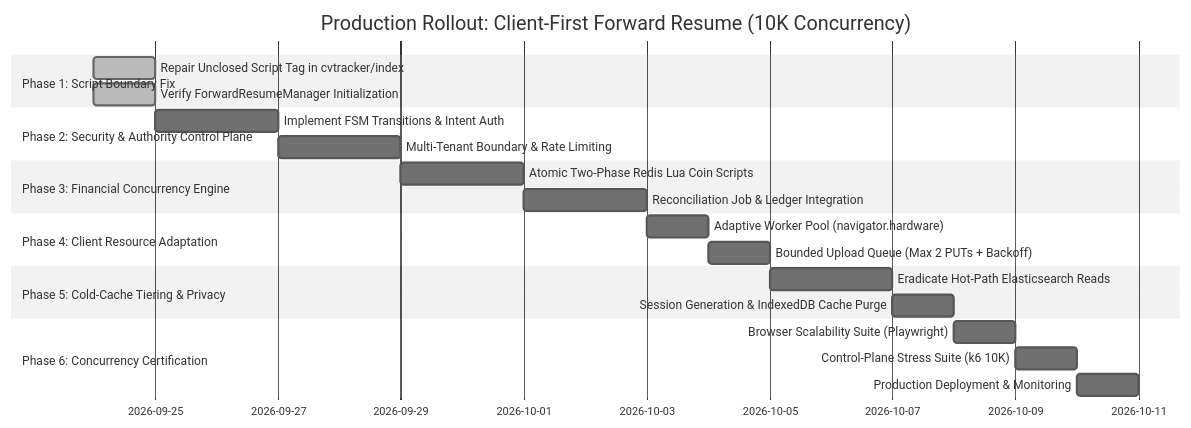
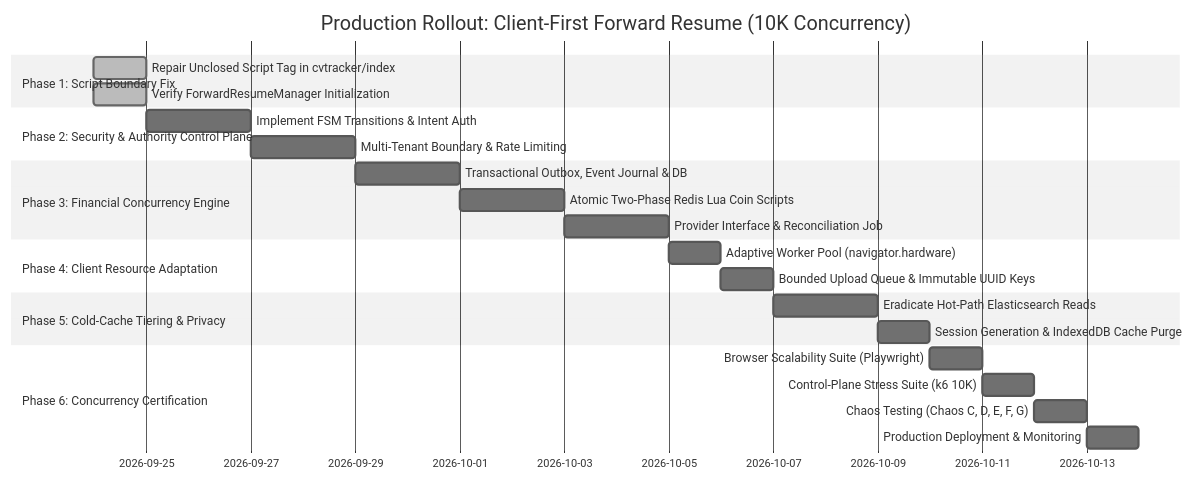
One commit to 4belldevelopers/sales-crm-final changed the second of 2 diagrams in docs/V4_Jeroworks_Upgrade/100_PERCENT_CLIENT_SIDE_FORWARD_RESUME.md. Above: the diagram before and after it, drawn with Mermaid (neutral theme). The commit also changed other lines of this file and 7 other files, not shown here.

````diff
--- a/docs/V4_Jeroworks_Upgrade/100_PERCENT_CLIENT_SIDE_FORWARD_RESUME.md
+++ b/docs/V4_Jeroworks_Upgrade/100_PERCENT_CLIENT_SIDE_FORWARD_RESUME.md
@@ -580,24 +770,26 @@
 ```mermaid
 gantt
     title Production Rollout: Client-First Forward Resume (10K Concurrency)
     dateFormat  YYYY-MM-DD
     section Phase 1: Script Boundary Fix
     Repair Unclosed Script Tag in cvtracker/index :done, 2026-09-24, 1d
     Verify ForwardResumeManager Initialization :done, 2026-09-24, 1d
     section Phase 2: Security & Authority Control Plane
     Implement FSM Transitions & Intent Auth    :2026-09-25, 2d
     Multi-Tenant Boundary & Rate Limiting     :2026-09-27, 2d
     section Phase 3: Financial Concurrency Engine
-    Atomic Two-Phase Redis Lua Coin Scripts   :2026-09-29, 2d
-    Reconciliation Job & Ledger Integration   :2026-10-01, 2d
+    Transactional Outbox, Event Journal & DB  :2026-09-29, 2d
+    Atomic Two-Phase Redis Lua Coin Scripts   :2026-10-01, 2d
+    Provider Interface & Reconciliation Job   :2026-10-03, 2d
     section Phase 4: Client Resource Adaptation
-    Adaptive Worker Pool (navigator.hardware)  :2026-10-03, 1d
-    Bounded Upload Queue (Max 2 PUTs + Backoff):2026-10-04, 1d
+    Adaptive Worker Pool (navigator.hardware)  :2026-10-05, 1d
+    Bounded Upload Queue & Immutable UUID Keys :2026-10-06, 1d
     section Phase 5: Cold-Cache Tiering & Privacy
-    Eradicate Hot-Path Elasticsearch Reads    :2026-10-05, 2d
-    Session Generation & IndexedDB Cache Purge:2026-10-07, 1d
+    Eradicate Hot-Path Elasticsearch Reads    :2026-10-07, 2d
+    Session Generation & IndexedDB Cache Purge:2026-10-09, 1d
     section Phase 6: Concurrency Certification
-    Browser Scalability Suite (Playwright)    :2026-10-08, 1d
-    Control-Plane Stress Suite (k6 10K)       :2026-10-09, 1d
-    Production Deployment & Monitoring        :2026-10-10, 1d
+    Browser Scalability Suite (Playwright)    :2026-10-10, 1d
+    Control-Plane Stress Suite (k6 10K)       :2026-10-11, 1d
+    Chaos Testing (Chaos C, D, E, F, G)        :2026-10-12, 1d
+    Production Deployment & Monitoring        :2026-10-13, 1d
 ```
````
